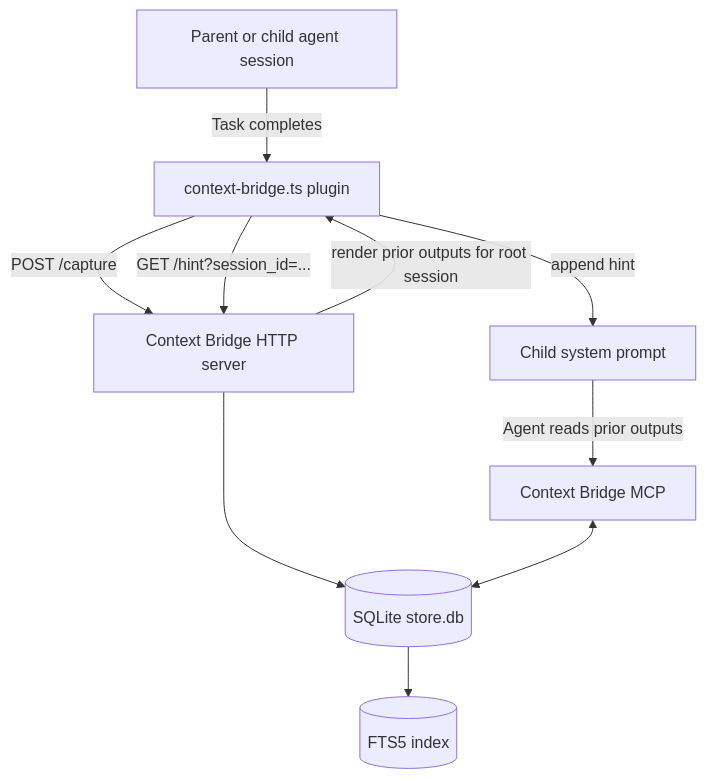
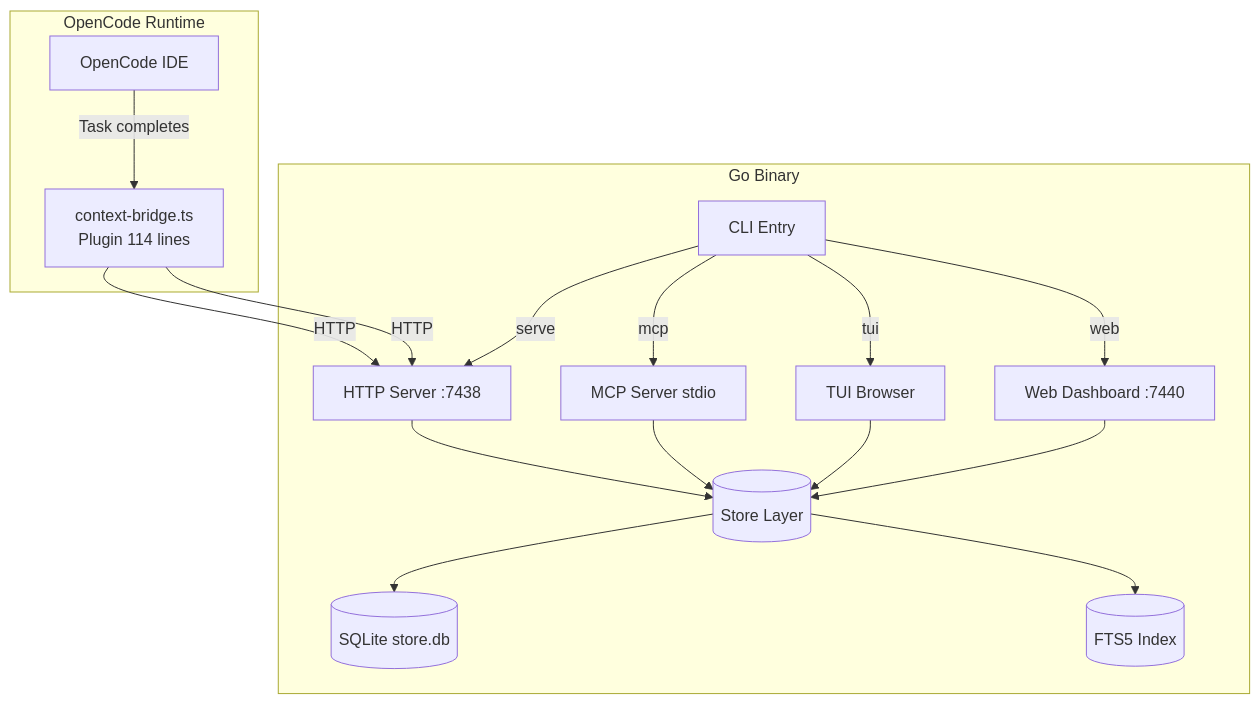
Before and after one commit to Andres77872/context-bridge: the fifth of 5 diagrams in README.md, drawn with Mermaid. The commit also changed other lines of this file and 16 other files, not shown here.

````diff
--- a/README.md
+++ b/README.md
@@ -15,14 +726,35 @@
 ```mermaid
-flowchart TD
-    O[Parent or child agent session] -->|Task completes| P[context-bridge.ts plugin]
-    P -->|POST /capture| S[Context Bridge HTTP server]
-    S --> DB[(SQLite store.db)]
-    DB --> FTS[(FTS5 index)]
-
-    P -->|GET /hint?session_id=...| S
-    S -->|render prior outputs for root session| P
-    P -->|append hint| C[Child system prompt]
+flowchart TB
+    subgraph OpenCode Runtime
+        OC[OpenCode IDE]
+        P[context-bridge.ts<br/>Plugin 114 lines]
+    end
     
-    C -->|Agent reads prior outputs| MCP[Context Bridge MCP]
-    MCP <--> DB
+    subgraph Go Binary
+        CMD[CLI Entry]
+        SRV[HTTP Server :7438]
+        MCP[MCP Server stdio]
+        TUI[TUI Browser]
+        WEB[Web Dashboard :7440]
+        STORE[(Store Layer)]
+        DB[(SQLite store.db)]
+        FTS[(FTS5 Index)]
+    end
+    
+    OC -->|Task completes| P
+    P -->|HTTP| SRV
+    P -->|HTTP| SRV
+    SRV --> STORE
+    
+    CMD -->|serve| SRV
+    CMD -->|mcp| MCP
+    CMD -->|tui| TUI
+    CMD -->|web| WEB
+    
+    MCP --> STORE
+    TUI --> STORE
+    WEB --> STORE
+    
+    STORE --> DB
+    STORE --> FTS
 ```
````
